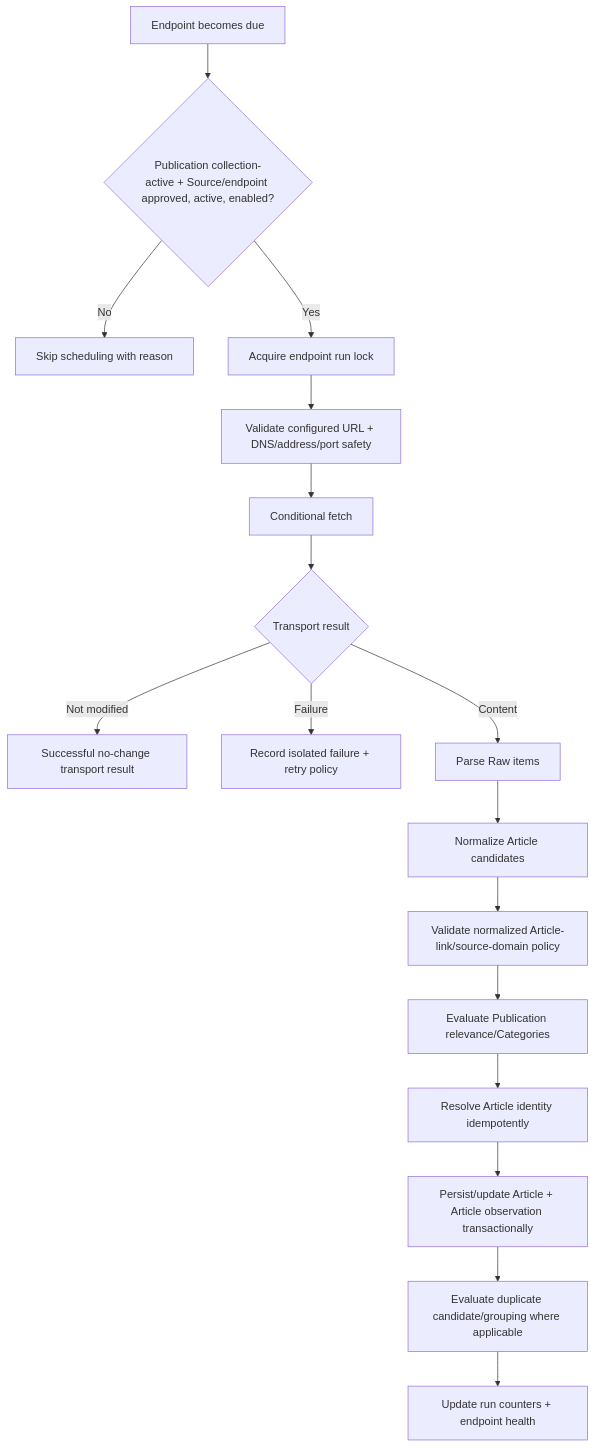
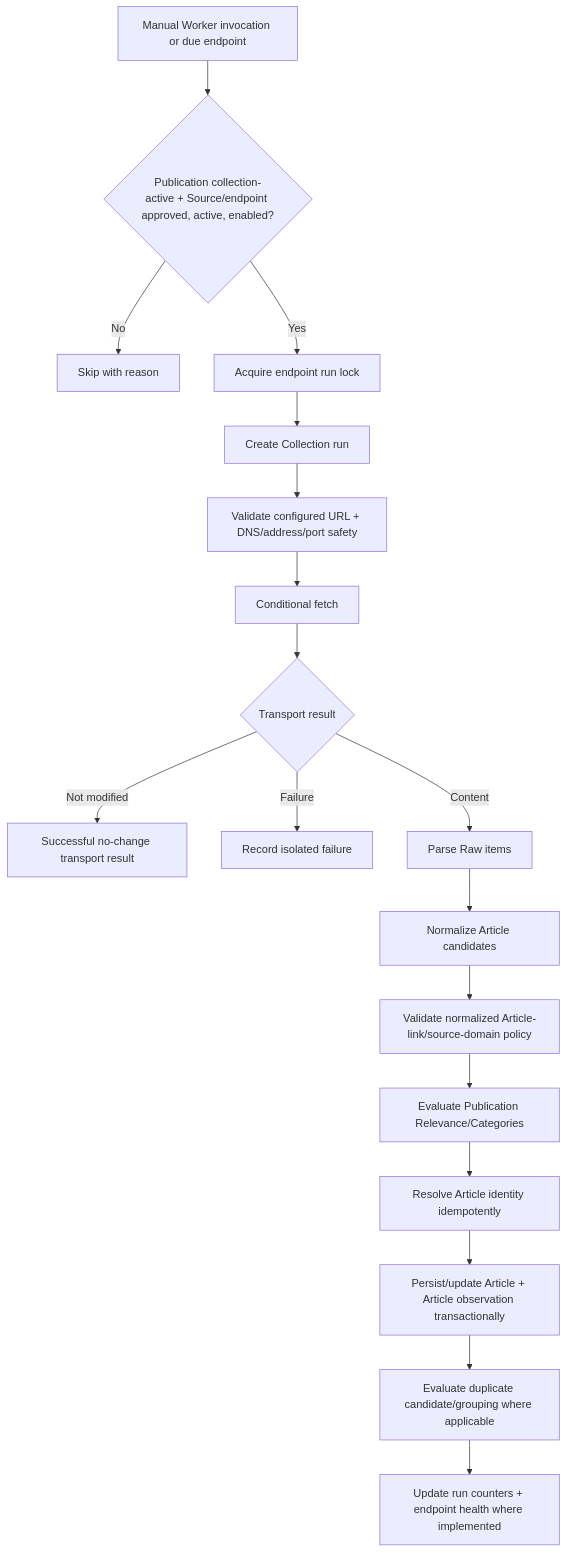
Before and after one commit to jfin602/news-scraper: the second of 2 diagrams in docs/architecture/system-architecture.md, drawn with Mermaid. The commit also changed other lines of this file, not shown here.

Commit message:
docs: align architecture with staged collection execution

````diff
--- a/docs/architecture/system-architecture.md
+++ b/docs/architecture/system-architecture.md
@@ -77,19 +82,20 @@
 ```mermaid
 flowchart TD
-    A[Endpoint becomes due] --> B{Publication collection-active + Source/endpoint approved, active, enabled?}
-    B -- No --> Z[Skip scheduling with reason]
+    A[Manual Worker invocation or due endpoint] --> B{Publication collection-active + Source/endpoint approved, active, enabled?}
+    B -- No --> Z[Skip with reason]
     B -- Yes --> C[Acquire endpoint run lock]
-    C --> G[Validate configured URL + DNS/address/port safety]
+    C --> R0[Create Collection run]
+    R0 --> G[Validate configured URL + DNS/address/port safety]
     G --> D[Conditional fetch]
     D --> E{Transport result}
     E -- Not modified --> F[Successful no-change transport result]
-    E -- Failure --> H[Record isolated failure + retry policy]
+    E -- Failure --> H[Record isolated failure]
     E -- Content --> I[Parse Raw items]
     I --> J[Normalize Article candidates]
     J --> K[Validate normalized Article-link/source-domain policy]
-    K --> L[Evaluate Publication relevance/Categories]
+    K --> L[Evaluate Publication Relevance/Categories]
     L --> M[Resolve Article identity idempotently]
     M --> N[Persist/update Article + Article observation transactionally]
     N --> O[Evaluate duplicate candidate/grouping where applicable]
-    O --> P[Update run counters + endpoint health]
+    O --> P[Update run counters + endpoint health where implemented]
 ```
````
